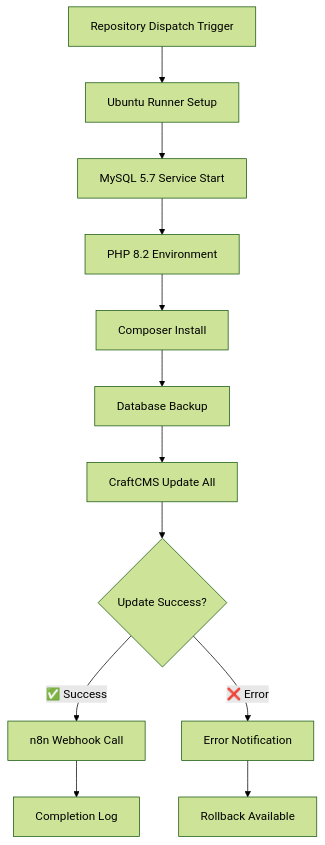
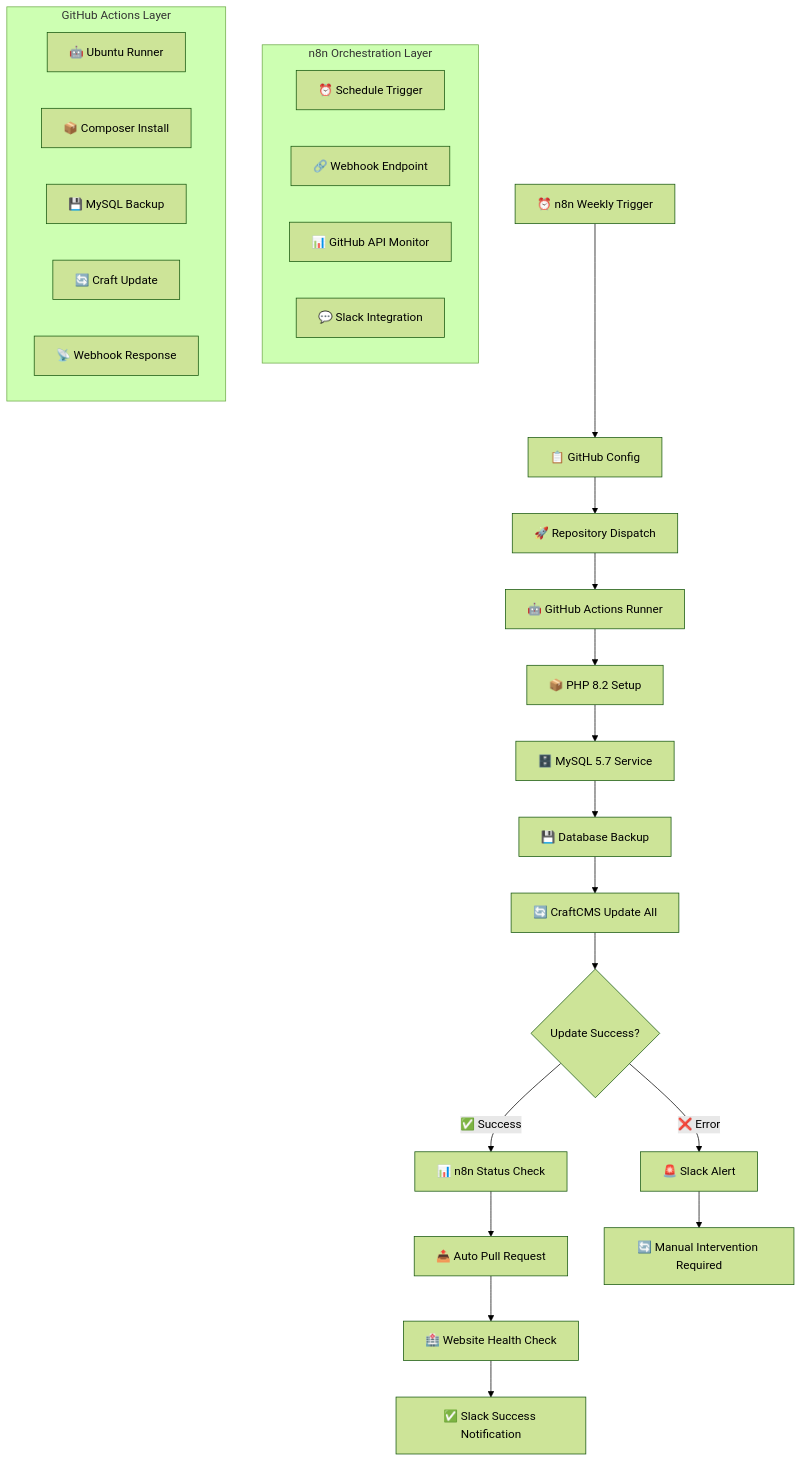
Before and after one commit to timsteegmueller/craft-projekte: the diagram in README.md, drawn with Mermaid (forest theme). The commit also changed other lines of this file, not shown here.

````diff
--- a/README.md
+++ b/README.md
@@ -248,14 +453,32 @@
 ```mermaid
 graph TD
-    A[Repository Dispatch Trigger] --> B[Ubuntu Runner Setup]
-    B --> C[MySQL 5.7 Service Start]
-    C --> D[PHP 8.2 Environment]
-    D --> E[Composer Install]
-    E --> F[Database Backup]
-    F --> G[CraftCMS Update All]
-    G --> H{Update Success?}
-    H -->|✅ Success| I[n8n Webhook Call]
-    H -->|❌ Error| J[Error Notification]
-    I --> K[Completion Log]
-    J --> L[Rollback Available]
+    A[⏰ n8n Weekly Trigger] --> B[📋 GitHub Config]
+    B --> C[🚀 Repository Dispatch]
+    C --> D[🤖 GitHub Actions Runner]
+    D --> E[📦 PHP 8.2 Setup]
+    E --> F[🗄️ MySQL 5.7 Service]
+    F --> G[💾 Database Backup]
+    G --> H[🔄 CraftCMS Update All]
+    H --> I{Update Success?}
+    I -->|✅ Success| J[📊 n8n Status Check]
+    I -->|❌ Error| K[🚨 Slack Alert]
+    J --> L[📤 Auto Pull Request]
+    L --> M[🏥 Website Health Check]
+    M --> N[✅ Slack Success Notification]
+    K --> O[🔄 Manual Intervention Required]
+    
+    subgraph "n8n Orchestration Layer"
+        P[⏰ Schedule Trigger]
+        Q[🔗 Webhook Endpoint]
+        R[📊 GitHub API Monitor]
+        S[💬 Slack Integration]
+    end
+    
+    subgraph "GitHub Actions Layer"
+        T[🤖 Ubuntu Runner]
+        U[📦 Composer Install]
+        V[💾 MySQL Backup]
+        W[🔄 Craft Update]
+        X[📡 Webhook Response]
+    end
 ```
````
